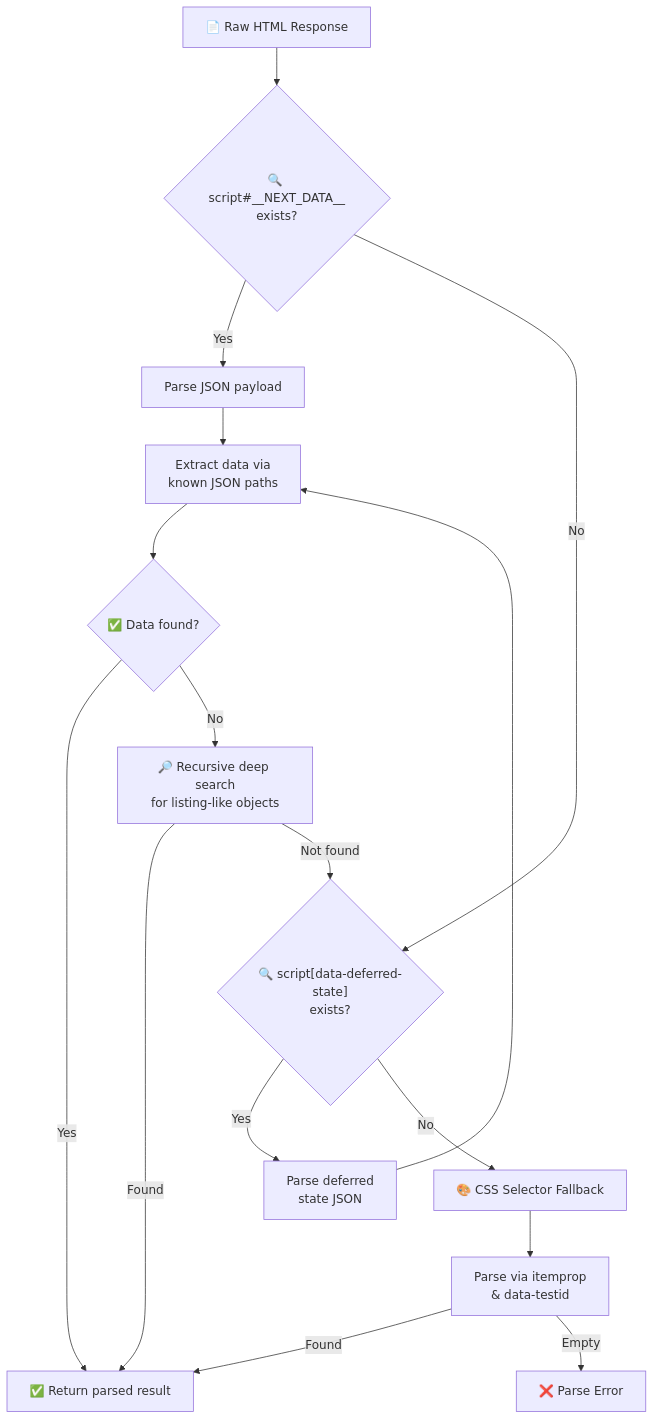
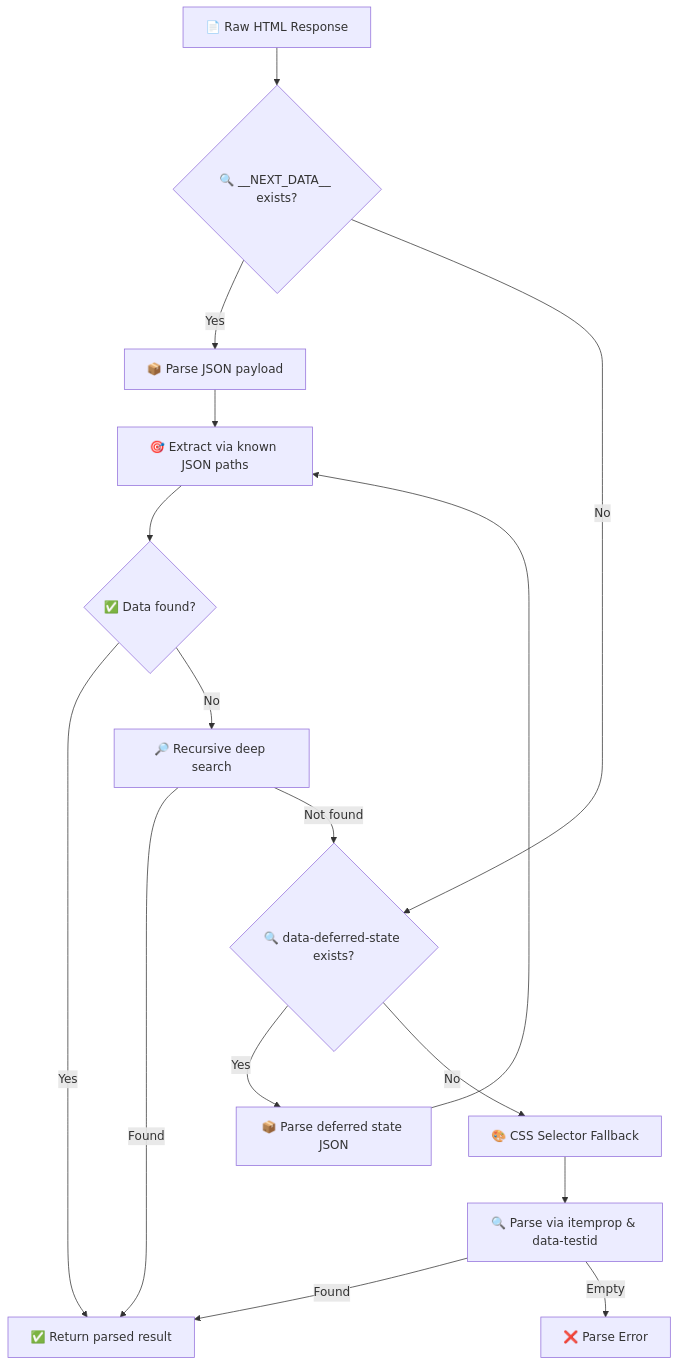
One commit to muchiny/mcp-airbnb changed the second of 2 diagrams in src/adapters/README.md. Above: the diagram before and after it, drawn with Mermaid. The commit also changed other lines of this file and 11 other files, not shown here.

First line of the commit message:
docs: update all READMEs with emojis, mermaid diagrams, and full coverage

````diff
--- a/src/adapters/README.md
+++ b/src/adapters/README.md
@@ -35,19 +92,19 @@
 ```mermaid
 flowchart TD
     HTML["📄 Raw HTML Response"]
-    HTML --> ND{"🔍 script#__NEXT_DATA__<br/>exists?"}
-    ND -->|Yes| ParseJSON["Parse JSON payload"]
-    ND -->|No| DS{"🔍 script[data-deferred-state]<br/>exists?"}
-    ParseJSON --> Extract["Extract data via<br/>known JSON paths"]
+    HTML --> ND{"🔍 __NEXT_DATA__ exists?"}
+    ND -->|Yes| ParseJSON["📦 Parse JSON payload"]
+    ND -->|No| DS{"🔍 data-deferred-state exists?"}
+    ParseJSON --> Extract["🎯 Extract via known JSON paths"]
     Extract --> Found{"✅ Data found?"}
     Found -->|Yes| Result["✅ Return parsed result"]
-    Found -->|No| Deep["🔎 Recursive deep search<br/>for listing-like objects"]
+    Found -->|No| Deep["🔎 Recursive deep search"]
     Deep -->|Found| Result
     Deep -->|Not found| DS
-    DS -->|Yes| ParseDeferred["Parse deferred<br/>state JSON"]
+    DS -->|Yes| ParseDeferred["📦 Parse deferred state JSON"]
     ParseDeferred --> Extract
     DS -->|No| CSS["🎨 CSS Selector Fallback"]
-    CSS --> CSSParse["Parse via itemprop<br/>& data-testid"]
+    CSS --> CSSParse["🔍 Parse via itemprop & data-testid"]
     CSSParse -->|Found| Result
     CSSParse -->|Empty| Error["❌ Parse Error"]
 ```
````
